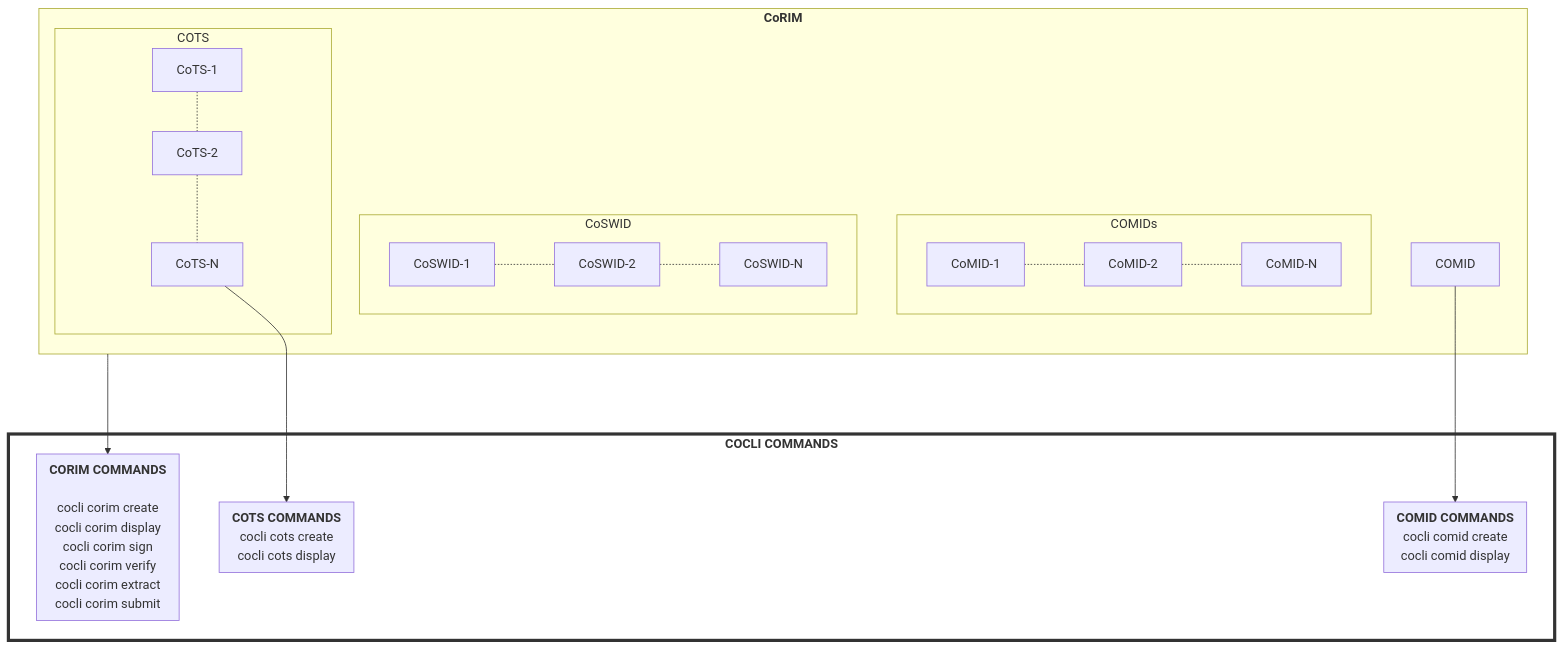
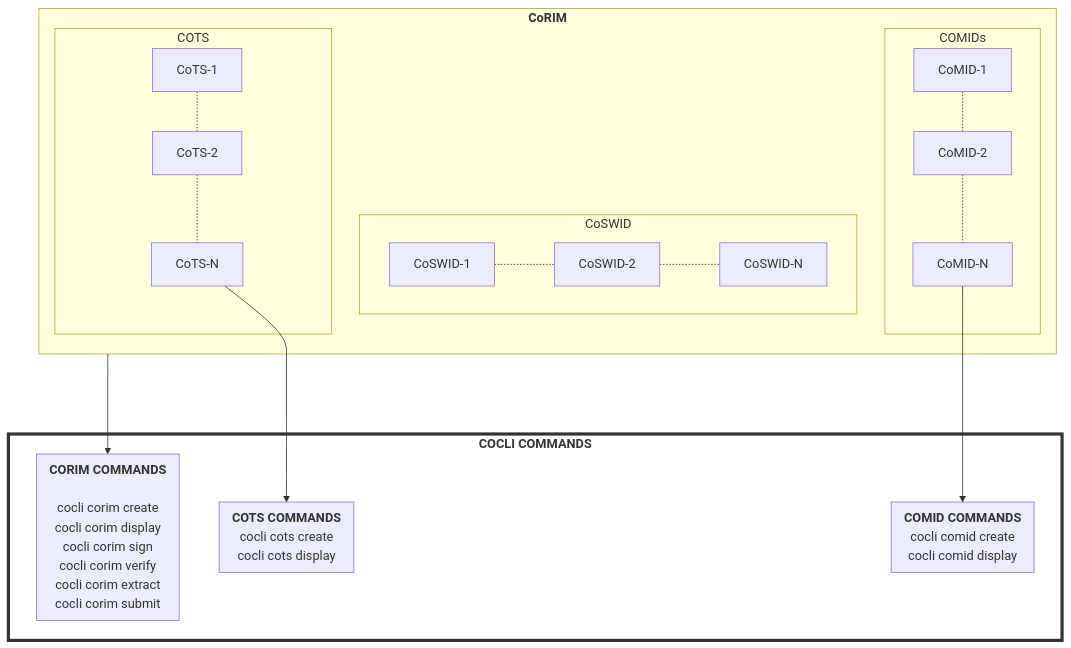
The diagram in test-diagram.md (yogeshbdeshpande/veraison-cca-integration), drawn with Mermaid before and after one commit.

````diff
--- a/test-diagram.md
+++ b/test-diagram.md
@@ -1,43 +1,43 @@
 ```mermaid 
 flowchart TD
   subgraph COCLI["<b>COCLI COMMANDS</b>"]
     style COCLI fill:#ffffff, stroke:#333,stroke-width:4px
     subgraph COMIDCMD["<b>COMID COMMANDS</b> \n cocli comid create \n cocli comid display"]
     end
     subgraph COTSCMD["<b>COTS COMMANDS</b> \n cocli cots create \n cocli cots display"]
     end
     subgraph CORIMCMD["<b>CORIM COMMANDS</b> \n
         cocli corim create \n cocli corim display \n cocli corim sign \n cocli corim verify\n cocli corim extract\n cocli corim submit"]
     end
   end
  CORIM ---> CORIMCMD
 subgraph CORIM["<b>CoRIM</b>"]
       subgraph CoMID["COMIDs\n"]
         CM3["CoMID-N"]
         CM2["CoMID-2"]
         CM1["CoMID-1"]
         CM1  -.- CM2
         CM2  -.- CM3
-       
+        CM3 ---> COMIDCMD
      end
-     COMID ---> COMIDCMD
+     
     subgraph CoSWID["CoSWID\n"]
         CSW1["CoSWID-1"]
         CSW2["CoSWID-2"]
         CSW3["CoSWID-N"]
         CSW1  -.- CSW2
         CSW2 -.- CSW3
     end
 
     subgraph CoTS["COTS\n"]
         CS3["CoTS-N"]
         CS2["CoTS-2"]
         CS1["CoTS-1"]
         CS1  -.- CS2
         CS2  -.- CS3
         CS3 ---> COTSCMD
     end
 
 end
  
 ```
````
